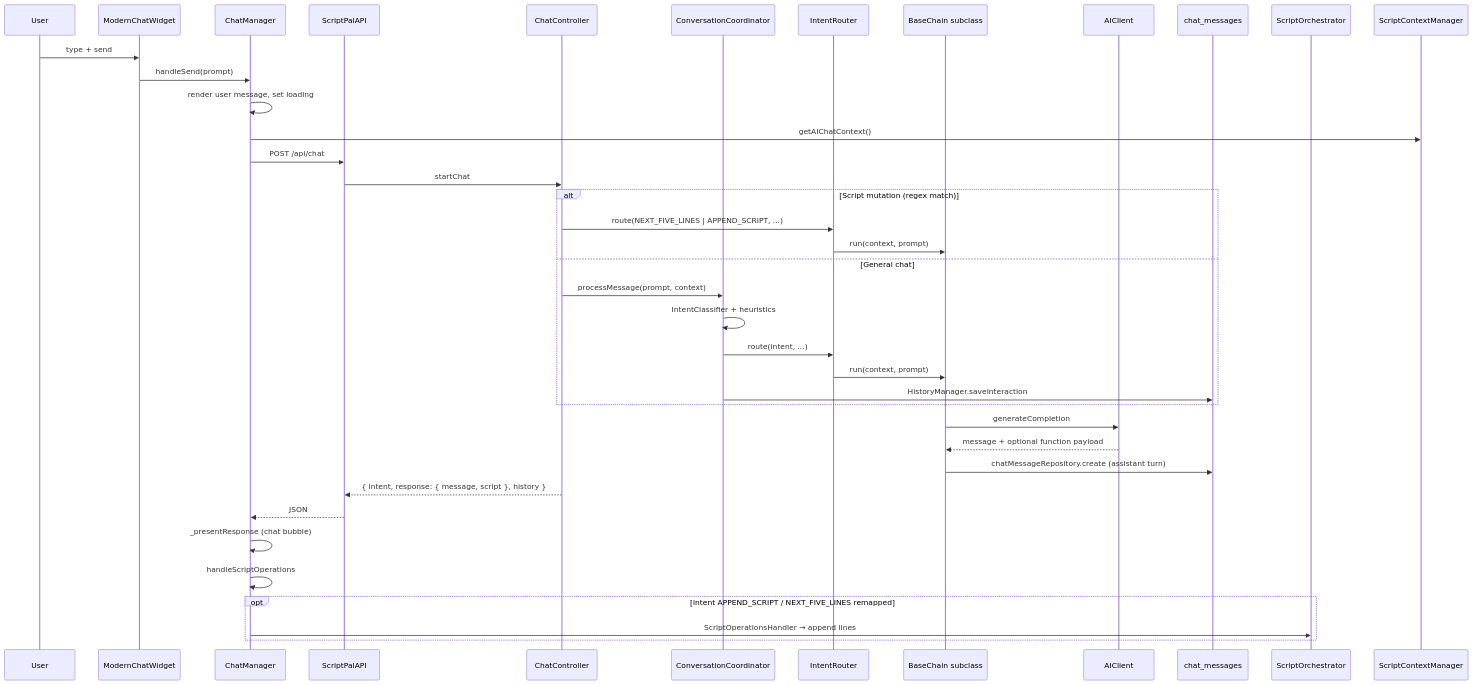
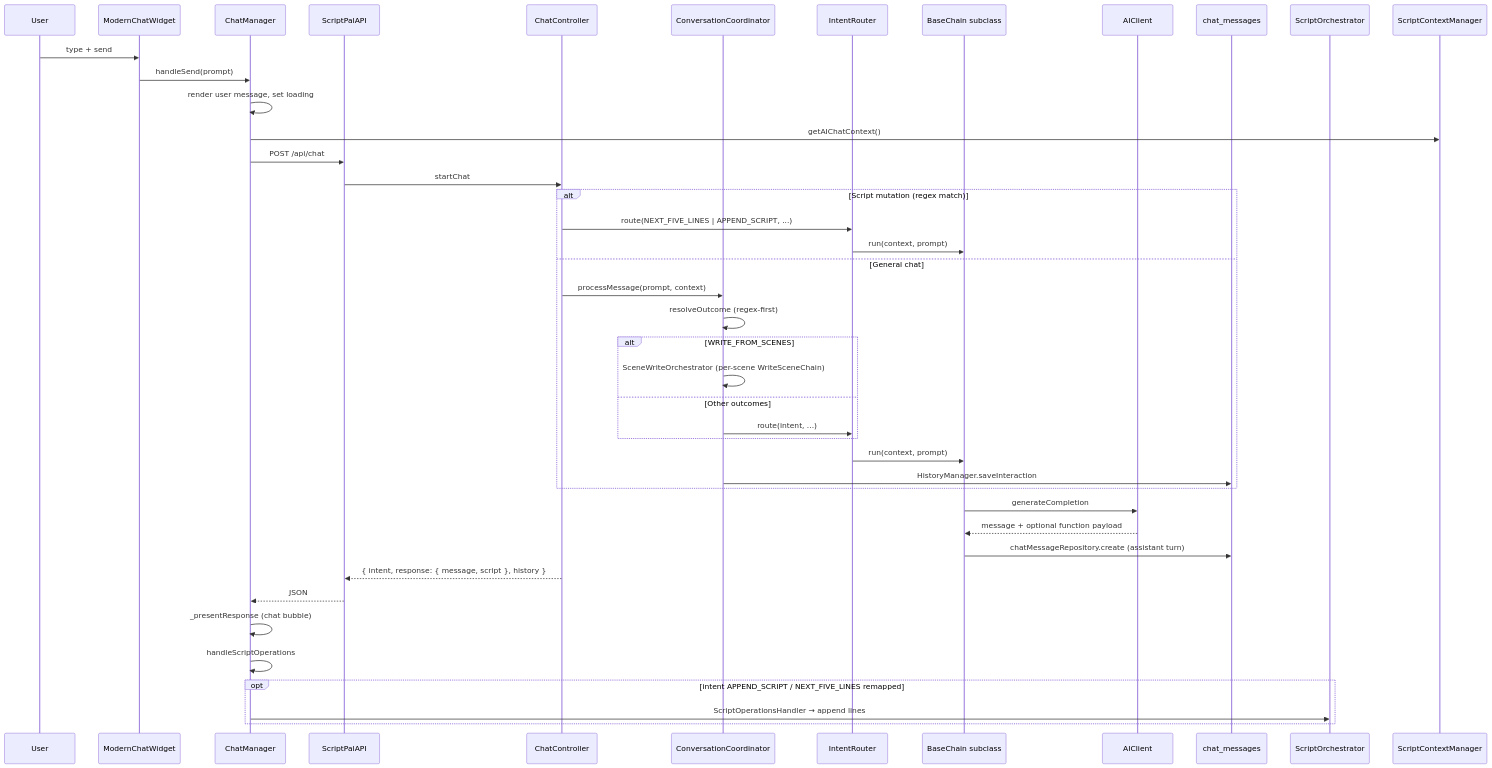
Before and after one commit to nick227/scriptpal: the diagram in docs/ai-conversation-code.md, drawn with Mermaid. The commit also changed 12 other files, not shown here.

````diff
--- a/docs/ai-conversation-code.md
+++ b/docs/ai-conversation-code.md
@@ -22,45 +22,49 @@
 ```mermaid
 sequenceDiagram
     participant User
     participant ModernChatWidget
     participant ChatManager
     participant ScriptPalAPI
     participant ChatController
     participant Coordinator as ConversationCoordinator
     participant Router as IntentRouter
     participant Chain as BaseChain subclass
     participant AI as AIClient
     participant DB as chat_messages
     participant Editor as ScriptOrchestrator
 
     User->>ModernChatWidget: type + send
     ModernChatWidget->>ChatManager: handleSend(prompt)
     ChatManager->>ChatManager: render user message, set loading
     ChatManager->>ScriptContextManager: getAIChatContext()
     ChatManager->>ScriptPalAPI: POST /api/chat
     ScriptPalAPI->>ChatController: startChat
 
     alt Script mutation (regex match)
         ChatController->>Router: route(NEXT_FIVE_LINES | APPEND_SCRIPT, ...)
         Router->>Chain: run(context, prompt)
     else General chat
         ChatController->>Coordinator: processMessage(prompt, context)
-        Coordinator->>Coordinator: IntentClassifier + heuristics
-        Coordinator->>Router: route(intent, ...)
+        Coordinator->>Coordinator: resolveOutcome (regex-first)
+        alt WRITE_FROM_SCENES
+            Coordinator->>Coordinator: SceneWriteOrchestrator (per-scene WriteSceneChain)
+        else Other outcomes
+            Coordinator->>Router: route(intent, ...)
+        end
         Router->>Chain: run(context, prompt)
         Coordinator->>DB: HistoryManager.saveInteraction
     end
 
     Chain->>AI: generateCompletion
     AI-->>Chain: message + optional function payload
     Chain->>DB: chatMessageRepository.create (assistant turn)
 
     ChatController-->>ScriptPalAPI: { intent, response: { message, script }, history }
     ScriptPalAPI-->>ChatManager: JSON
 
     ChatManager->>ChatManager: _presentResponse (chat bubble)
     ChatManager->>ChatManager: handleScriptOperations
     opt intent APPEND_SCRIPT / NEXT_FIVE_LINES remapped
         ChatManager->>Editor: ScriptOperationsHandler → append lines
     end
 ```
````
